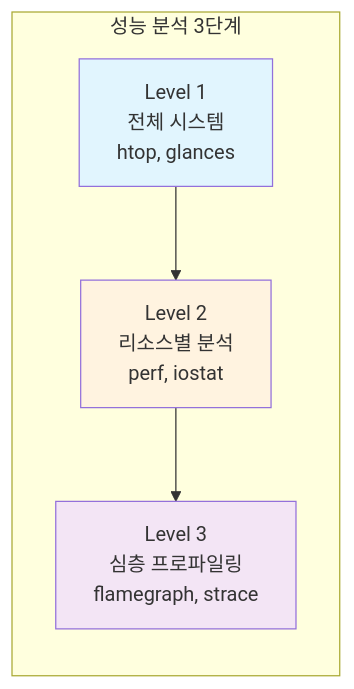
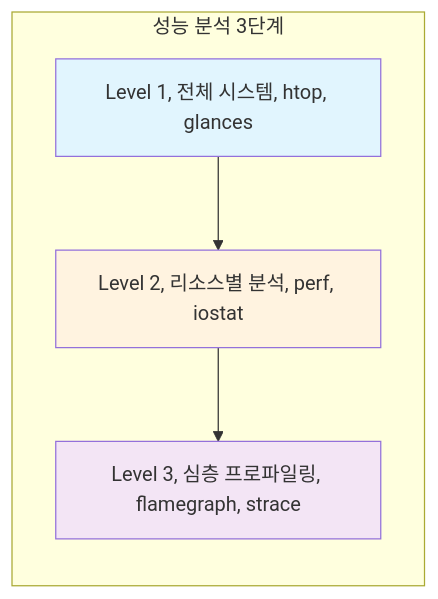
The second of 2 diagrams in docs/cs/guide/chapter-11-performance-optimization/index.md (choru-k/choru-wiki), drawn with Mermaid before and after one commit. The commit also changed other lines of this file and 9 other files, not shown here.

````diff
--- a/docs/cs/guide/chapter-11-performance-optimization/index.md
+++ b/docs/cs/guide/chapter-11-performance-optimization/index.md
@@ -136,14 +136,14 @@
 ```mermaid
 graph LR
     subgraph "성능 분석 3단계"
-        L1[Level 1<br/>전체 시스템<br/>htop, glances]
-        L2[Level 2<br/>리소스별 분석<br/>perf, iostat]  
-        L3[Level 3<br/>심층 프로파일링<br/>flamegraph, strace]
+        L1[Level 1, 전체 시스템, htop, glances]
+        L2[Level 2, 리소스별 분석, perf, iostat]  
+        L3[Level 3, 심층 프로파일링, flamegraph, strace]
     end
     
     L1 --> L2 --> L3
     
     style L1 fill:#e1f5fe
     style L2 fill:#fff3e0
     style L3 fill:#f3e5f5
 ```
````
